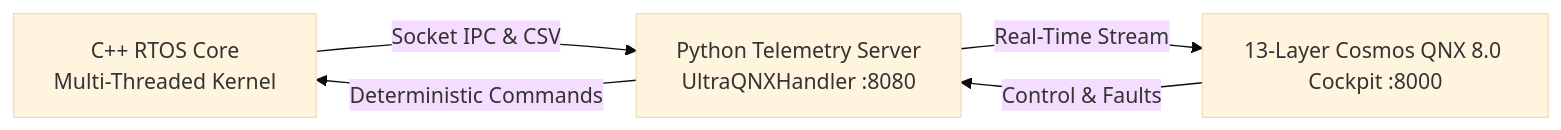
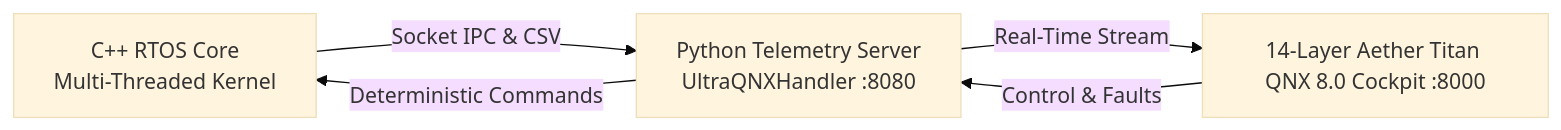
Before and after one commit to shaikhabdul2015-max/qnx-hackathon-project: the diagram in README.md, drawn with Mermaid (base theme). The commit also changed other lines of this file and 1 other file, not shown here.

Commit message:
Add Layer 14 Aether Titan: Active EM-Suspension, ISO 21448 SOTIF Arbiter, and Spec Export

````diff
--- a/README.md
+++ b/README.md
@@ -9,7 +9,7 @@
 ```mermaid
 graph LR
     A[C++ RTOS Core<br/>Multi-Threaded Kernel] -->|Socket IPC & CSV| B[Python Telemetry Server<br/>UltraQNXHandler :8080]
-    B -->|Real-Time Stream| C[13-Layer Cosmos QNX 8.0 Cockpit :8000]
+    B -->|Real-Time Stream| C[14-Layer Aether Titan QNX 8.0 Cockpit :8000]
     C -->|Control & Faults| B
     B -->|Deterministic Commands| A
 ```
````
